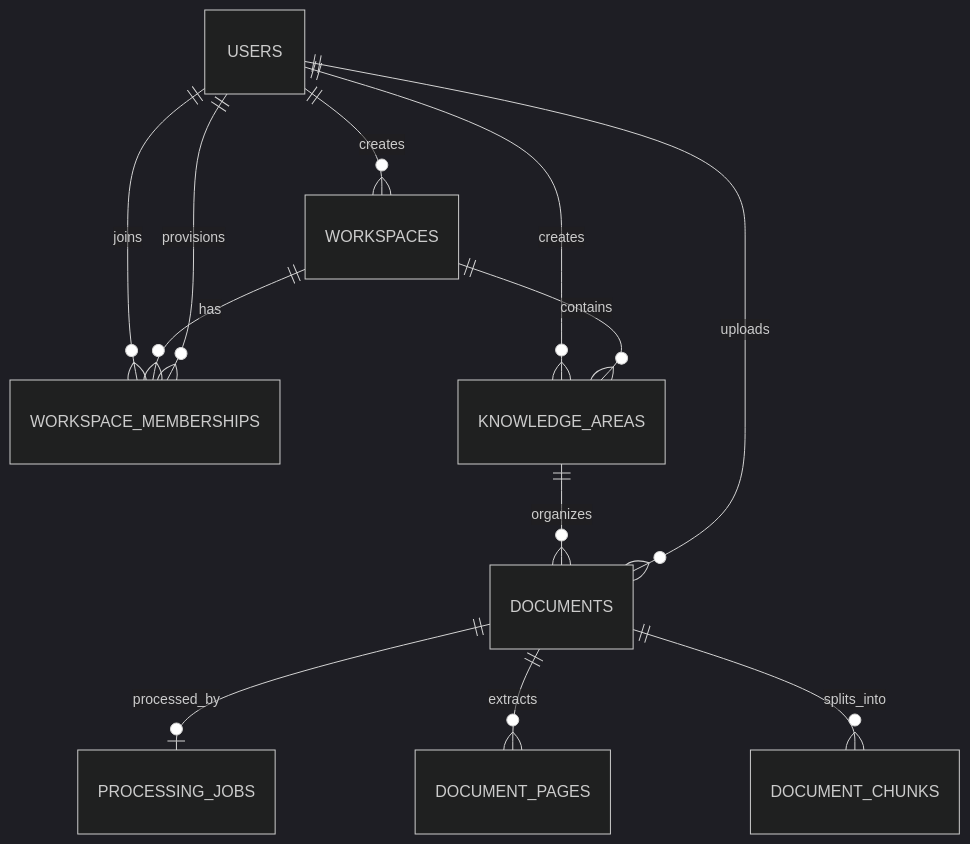
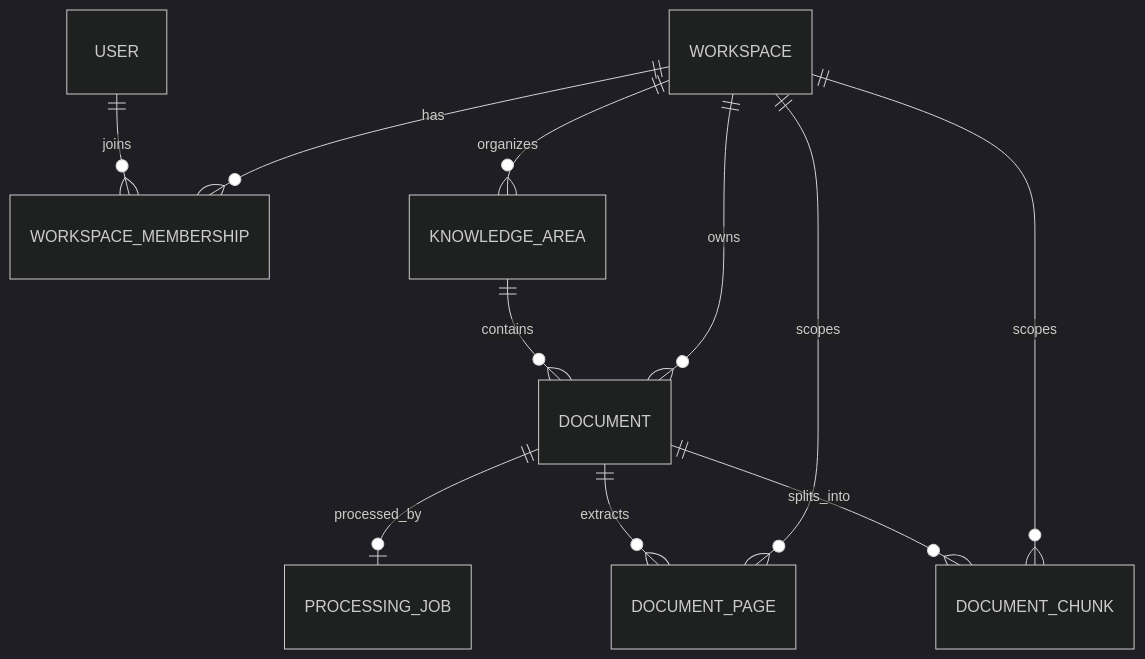
Before and after one commit to iangonsalves/knowflow: the second of 6 diagrams in docs/KNOWFLOW_ENGINEERING_GUIDE.md, drawn with Mermaid (dark theme). The commit also changed other lines of this file and 27 other files, not shown here.

````diff
--- a/docs/KNOWFLOW_ENGINEERING_GUIDE.md
+++ b/docs/KNOWFLOW_ENGINEERING_GUIDE.md
@@ -125,14 +151,13 @@
 ```mermaid
 erDiagram
-  USERS ||--o{ WORKSPACE_MEMBERSHIPS : joins
-  WORKSPACES ||--o{ WORKSPACE_MEMBERSHIPS : has
-  USERS ||--o{ WORKSPACES : creates
-  USERS ||--o{ KNOWLEDGE_AREAS : creates
-  WORKSPACES ||--o{ KNOWLEDGE_AREAS : contains
-  KNOWLEDGE_AREAS ||--o{ DOCUMENTS : organizes
-  USERS ||--o{ DOCUMENTS : uploads
-  DOCUMENTS ||--o| PROCESSING_JOBS : processed_by
-  DOCUMENTS ||--o{ DOCUMENT_PAGES : extracts
-  DOCUMENTS ||--o{ DOCUMENT_CHUNKS : splits_into
-  USERS ||--o{ WORKSPACE_MEMBERSHIPS : provisions
+    USER ||--o{ WORKSPACE_MEMBERSHIP : joins
+    WORKSPACE ||--o{ WORKSPACE_MEMBERSHIP : has
+    WORKSPACE ||--o{ KNOWLEDGE_AREA : organizes
+    KNOWLEDGE_AREA ||--o{ DOCUMENT : contains
+    WORKSPACE ||--o{ DOCUMENT : owns
+    DOCUMENT ||--o| PROCESSING_JOB : processed_by
+    DOCUMENT ||--o{ DOCUMENT_PAGE : extracts
+    DOCUMENT ||--o{ DOCUMENT_CHUNK : splits_into
+    WORKSPACE ||--o{ DOCUMENT_PAGE : scopes
+    WORKSPACE ||--o{ DOCUMENT_CHUNK : scopes
 ```
````
